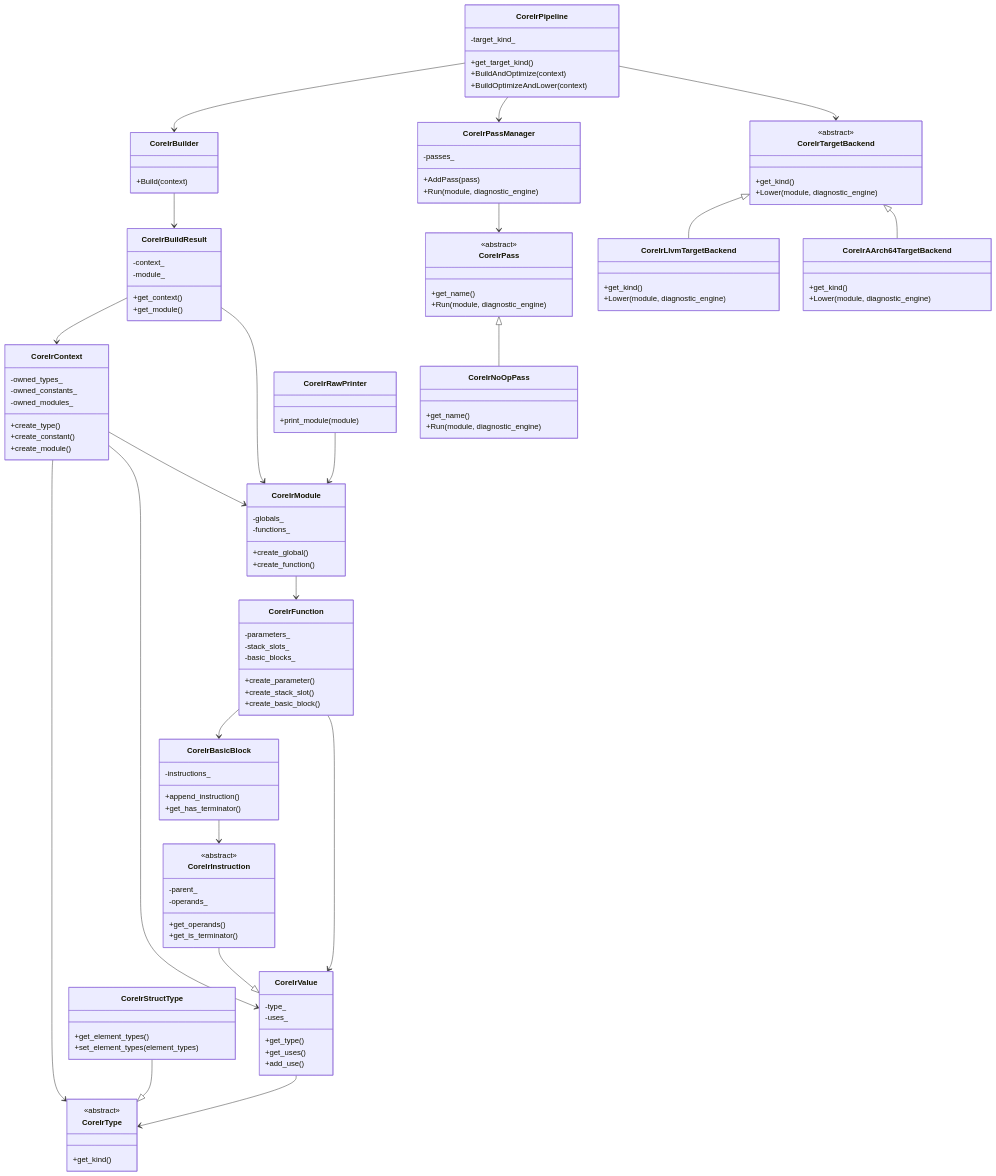
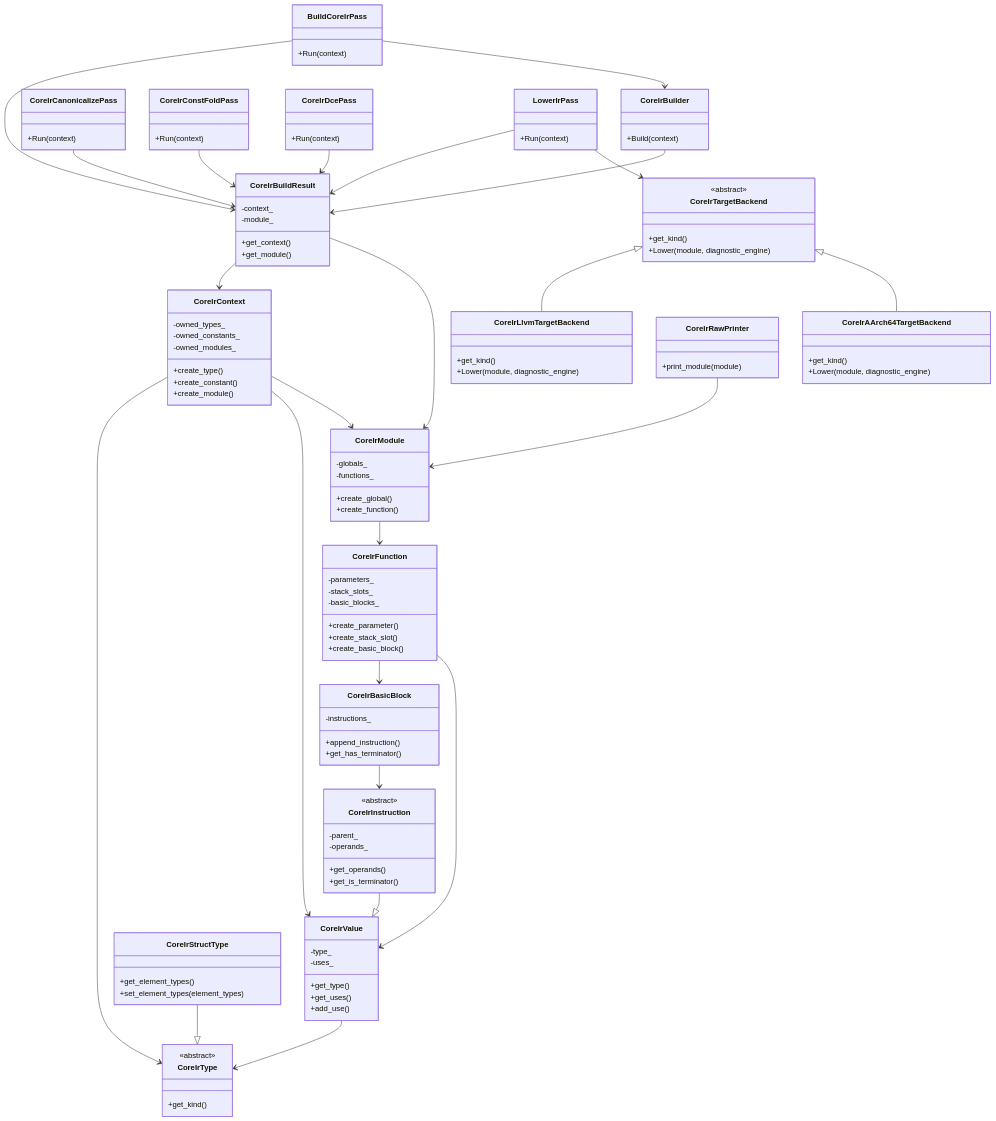
One commit to bbbbbq/SysyCC changed the second of 2 diagrams in doc/modules/class-relationships.md. Above: the diagram before and after it, drawn with Mermaid. The commit also changed other lines of this file and 5 other files, not shown here.

```diff
--- a/doc/modules/class-relationships.md
+++ b/doc/modules/class-relationships.md
@@ -2006,28 +2043,24 @@
         +Build(context)
     }
 
-    class CoreIrPass {
-        <<abstract>>
-        +get_name()
-        +Run(module, diagnostic_engine)
+    class BuildCoreIrPass {
+        +Run(context)
     }
 
-    class CoreIrNoOpPass {
-        +get_name()
-        +Run(module, diagnostic_engine)
+    class CoreIrCanonicalizePass {
+        +Run(context)
     }
 
-    class CoreIrPassManager {
-        -passes_
-        +AddPass(pass)
-        +Run(module, diagnostic_engine)
+    class CoreIrConstFoldPass {
+        +Run(context)
     }
 
-    class CoreIrPipeline {
-        -target_kind_
-        +get_target_kind()
-        +BuildAndOptimize(context)
-        +BuildOptimizeAndLower(context)
+    class CoreIrDcePass {
+        +Run(context)
+    }
+
+    class LowerIrPass {
+        +Run(context)
     }
 
     class CoreIrTargetBackend {
@@ -2108,11 +2141,13 @@
     }
 
     CoreIrBuilder --> CoreIrBuildResult
-    CoreIrPass <|-- CoreIrNoOpPass
-    CoreIrPassManager --> CoreIrPass
-    CoreIrPipeline --> CoreIrBuilder
-    CoreIrPipeline --> CoreIrPassManager
-    CoreIrPipeline --> CoreIrTargetBackend
+    BuildCoreIrPass --> CoreIrBuildResult
+    BuildCoreIrPass --> CoreIrBuilder
+    CoreIrCanonicalizePass --> CoreIrBuildResult
+    CoreIrConstFoldPass --> CoreIrBuildResult
+    CoreIrDcePass --> CoreIrBuildResult
+    LowerIrPass --> CoreIrBuildResult
+    LowerIrPass --> CoreIrTargetBackend
     CoreIrTargetBackend <|-- CoreIrLlvmTargetBackend
     CoreIrTargetBackend <|-- CoreIrAArch64TargetBackend
     CoreIrBuildResult --> CoreIrContext
```
